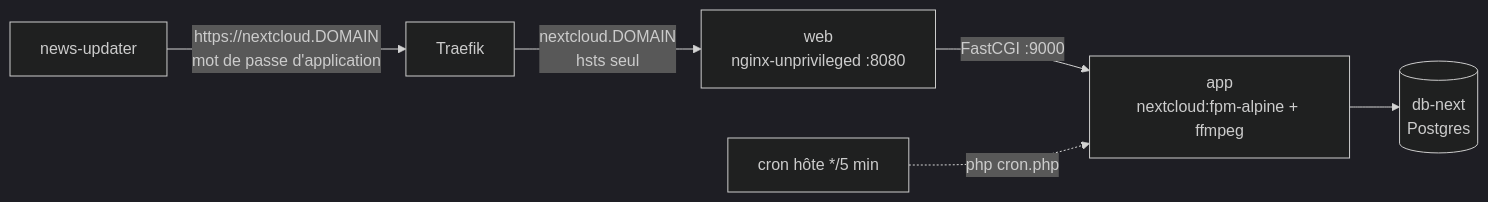
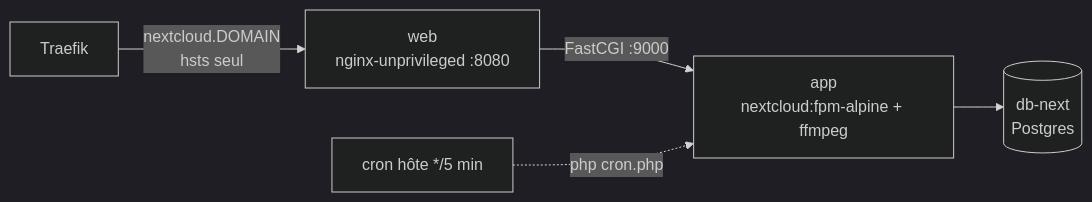
One commit to nattyebola/home-server-services changed the diagram in docs/nextcloud.md. Above: the diagram before and after it, drawn with Mermaid (dark theme). The commit also changed other lines of this file and 24 other files, not shown here.

````diff
--- a/docs/nextcloud.md
+++ b/docs/nextcloud.md
@@ -11,8 +11,7 @@
 ```mermaid
 flowchart LR
     Traefik -->|"nextcloud.DOMAIN<br>hsts seul"| Web["web<br>nginx-unprivileged :8080"]
     Web -->|"FastCGI :9000"| App["app<br>nextcloud:fpm-alpine + ffmpeg"]
     App --> DB[("db-next<br>Postgres")]
-    News["news-updater"] -->|"https://nextcloud.DOMAIN<br>mot de passe d'application"| Traefik
     Cron["cron hôte */5 min"] -.->|"php cron.php"| App
 ```
````
